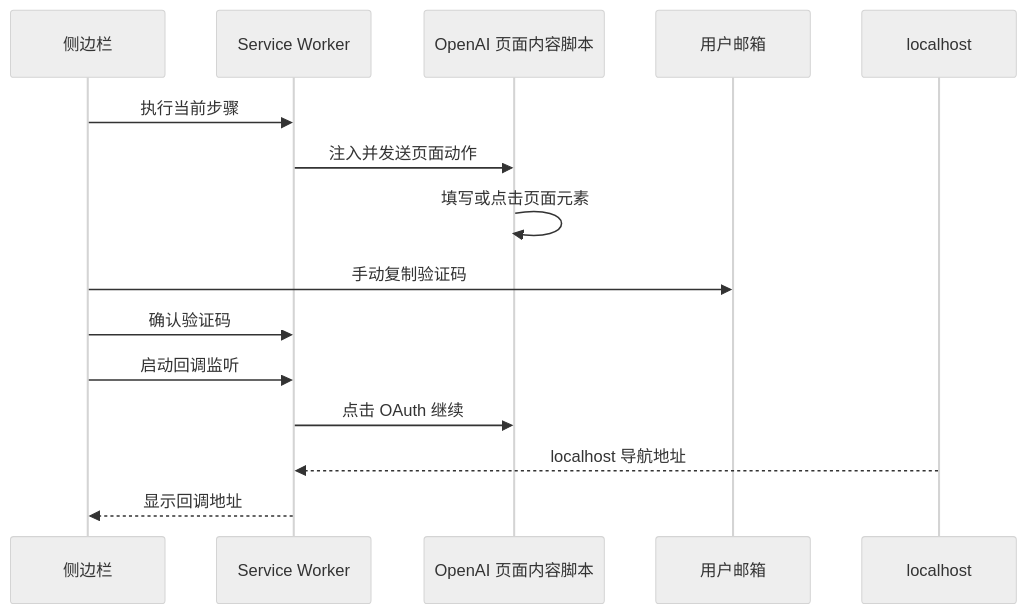
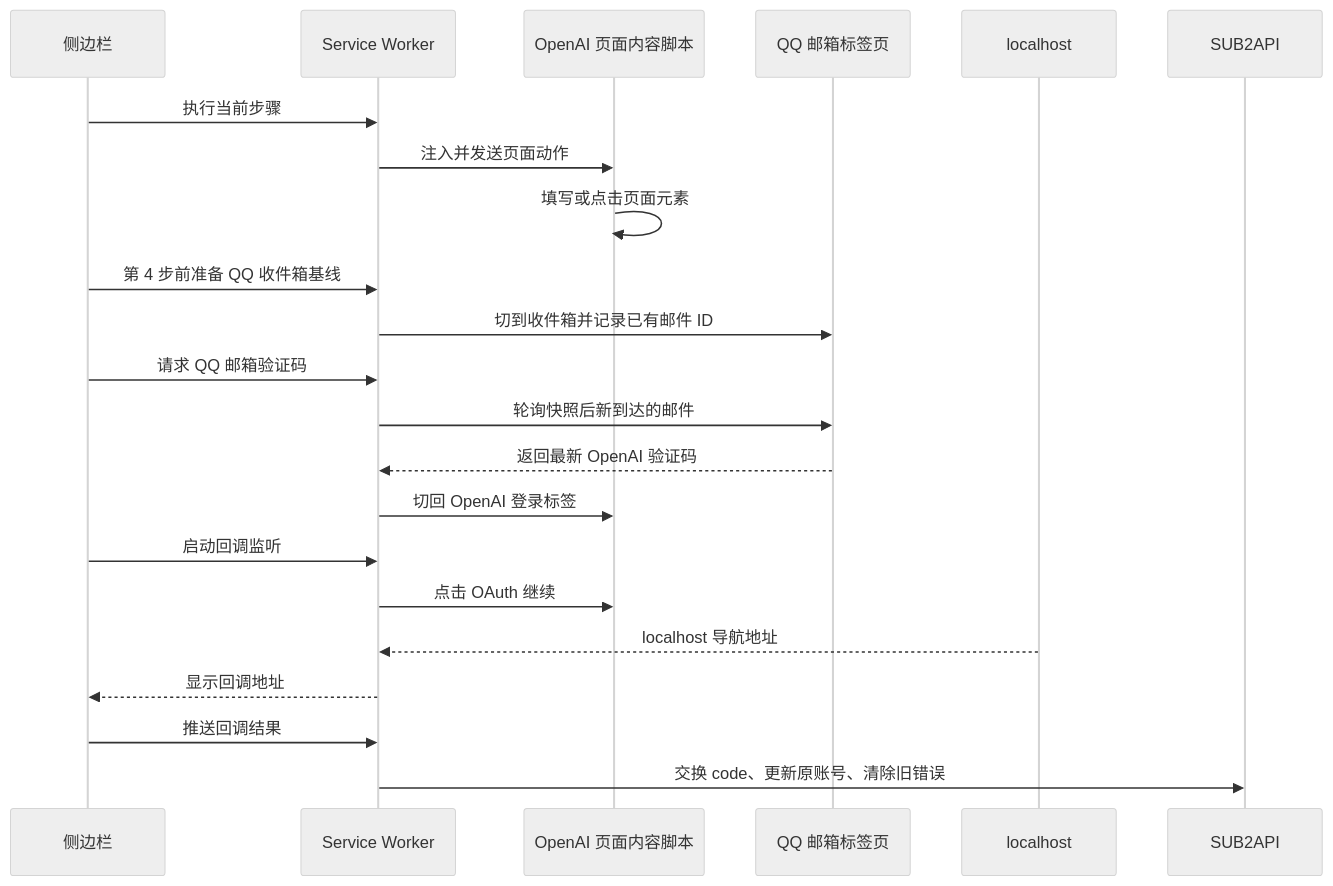
The diagram in docs/flowpilot-openai-login-map.md (aohuidai/sub2api-reauth), drawn with Mermaid (neutral theme) before and after one commit. The commit also changed other lines of this file and 13 other files, not shown here.

````diff
--- a/docs/flowpilot-openai-login-map.md
+++ b/docs/flowpilot-openai-login-map.md
@@ -7,17 +7,24 @@
 ```mermaid
 sequenceDiagram
   participant P as 侧边栏
   participant B as Service Worker
   participant A as OpenAI 页面内容脚本
-  participant M as 用户邮箱
+  participant M as QQ 邮箱标签页
   participant L as localhost
+  participant S as SUB2API
   P->>B: 执行当前步骤
   B->>A: 注入并发送页面动作
   A->>A: 填写或点击页面元素
-  P->>M: 手动复制验证码
-  P->>B: 确认验证码
+  P->>B: 第 4 步前准备 QQ 收件箱基线
+  B->>M: 切到收件箱并记录已有邮件 ID
+  P->>B: 请求 QQ 邮箱验证码
+  B->>M: 轮询快照后新到达的邮件
+  M-->>B: 返回最新 OpenAI 验证码
+  B->>A: 切回 OpenAI 登录标签
   P->>B: 启动回调监听
   B->>A: 点击 OAuth 继续
   L-->>B: localhost 导航地址
   B-->>P: 显示回调地址
+  P->>B: 推送回调结果
+  B->>S: 交换 code、更新原账号、清除旧错误
 ```
````
